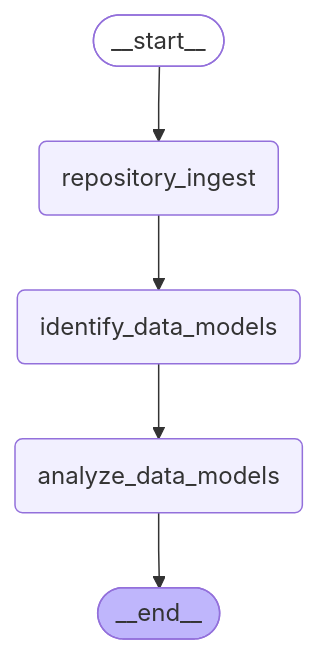
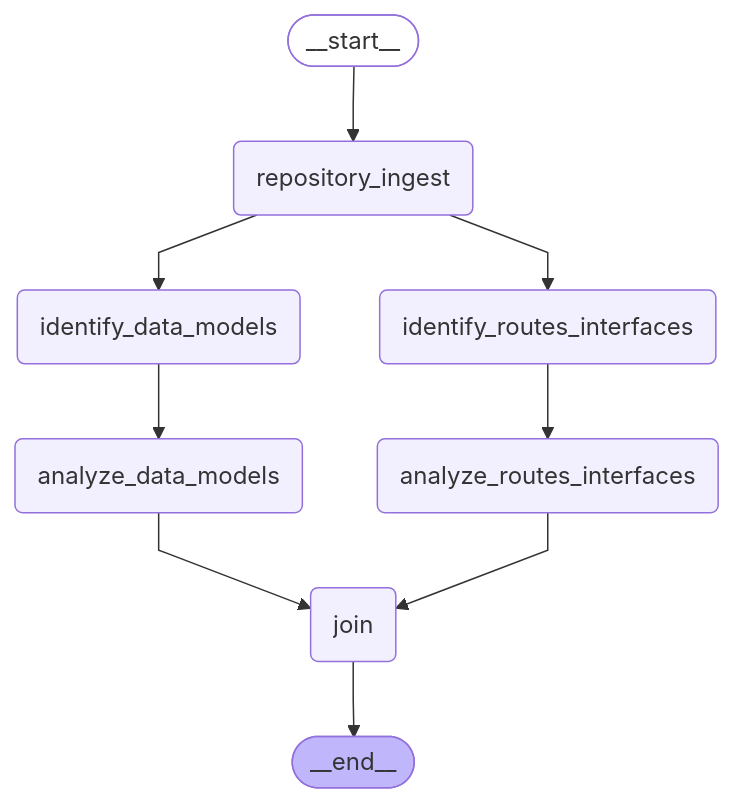
Before and after one commit to DEFRA/ai-sdlc--agent-poc: the diagram in README.md, drawn with Mermaid. The commit also changed 9 other files, not shown here.

````diff
--- a/README.md
+++ b/README.md
@@ -147,17 +147,24 @@
 ```mermaid
 %%{init: {'flowchart': {'curve': 'linear'}}}%%
 graph TD;
 	__start__([<p>__start__</p>]):::first
 	repository_ingest(repository_ingest)
 	identify_data_models(identify_data_models)
+	identify_routes_interfaces(identify_routes_interfaces)
 	analyze_data_models(analyze_data_models)
+	analyze_routes_interfaces(analyze_routes_interfaces)
+	join(join)
 	__end__([<p>__end__</p>]):::last
 	__start__ --> repository_ingest;
-	analyze_data_models --> __end__;
+	analyze_data_models --> join;
+	analyze_routes_interfaces --> join;
 	identify_data_models --> analyze_data_models;
+	identify_routes_interfaces --> analyze_routes_interfaces;
+	join --> __end__;
 	repository_ingest --> identify_data_models;
+	repository_ingest --> identify_routes_interfaces;
 	classDef default fill:#f2f0ff,line-height:1.2
 	classDef first fill-opacity:0
 	classDef last fill:#bfb6fc
 
 ```
````
